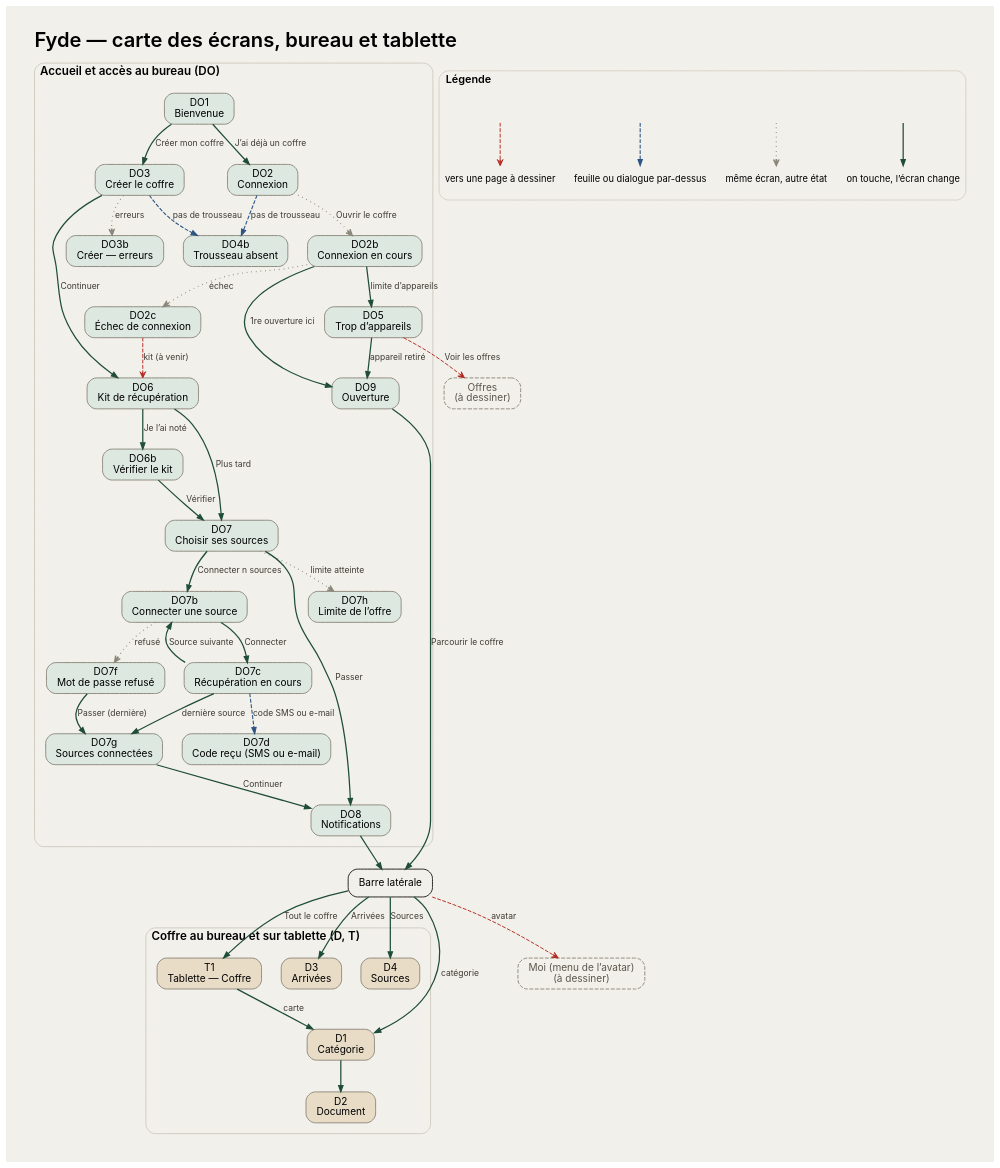
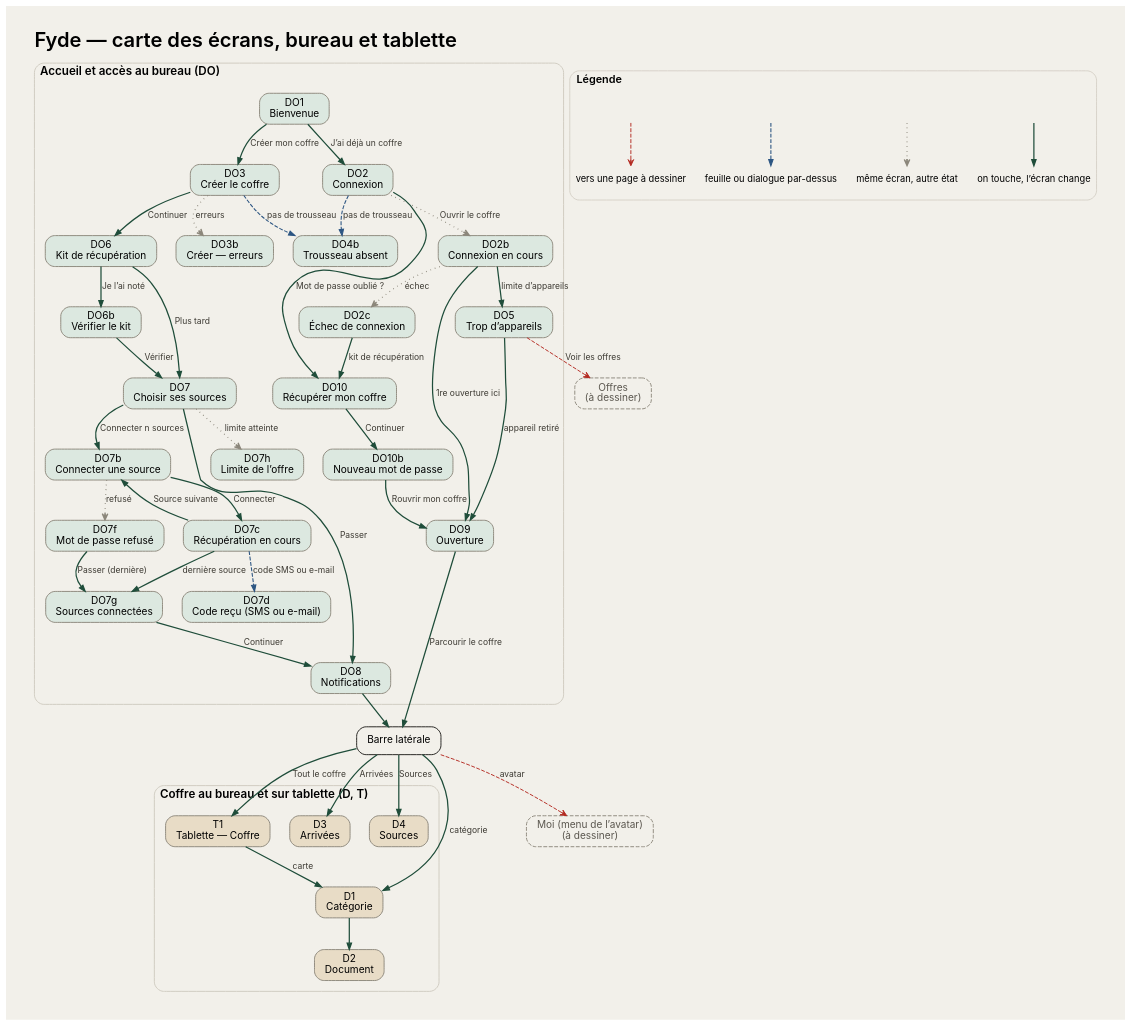
The diagram in design/assets/maps/carte-bureau.dot (fyde-lab/application), drawn with Graphviz before and after one commit. The commit also changed 22 other files, not shown here.

```diff
--- a/design/assets/maps/carte-bureau.dot
+++ b/design/assets/maps/carte-bureau.dot
@@ -1,79 +1,84 @@
 digraph "carte-bureau" {
 rankdir=TB; newrank=true; compound=true; nodesep=0.35; ranksep=0.55;
 label="Fyde — carte des écrans, bureau et tablette"; labelloc=t; labeljust=l; fontsize=26; fontname="Inter SemiBold"; pad=0.4; bgcolor="#F2F0EA";
 node [fontname="Inter" fontsize=13 margin="0.18,0.08" penwidth=1.2];
 edge [fontname="Inter" fontsize=11 fontcolor="#3d3a33" arrowsize=0.8];
 "PLANS" [label="Offres\n(à dessiner)" shape=box style="rounded,dashed,filled" color="#8C877B" fillcolor="#F2F0EA" fontcolor="#5B574F"];
 subgraph "cluster_donb" { label="Accueil et accès au bureau (DO)"; fontname="Inter SemiBold"; fontsize=15; style="rounded"; color="#CFCAC0"; penwidth=1.2; margin=14;
   "DO1" [label="DO1\nBienvenue" shape=box style="rounded,filled" color="#8C877B" fillcolor="#DCE8E0"];
   "DO2" [label="DO2\nConnexion" shape=box style="rounded,filled" color="#8C877B" fillcolor="#DCE8E0"];
   "DO2b" [label="DO2b\nConnexion en cours" shape=box style="rounded,filled" color="#8C877B" fillcolor="#DCE8E0"];
   "DO2c" [label="DO2c\nÉchec de connexion" shape=box style="rounded,filled" color="#8C877B" fillcolor="#DCE8E0"];
   "DO3" [label="DO3\nCréer le coffre" shape=box style="rounded,filled" color="#8C877B" fillcolor="#DCE8E0"];
   "DO3b" [label="DO3b\nCréer — erreurs" shape=box style="rounded,filled" color="#8C877B" fillcolor="#DCE8E0"];
   "DO4b" [label="DO4b\nTrousseau absent" shape=box style="rounded,filled" color="#8C877B" fillcolor="#DCE8E0"];
   "DO5" [label="DO5\nTrop d’appareils" shape=box style="rounded,filled" color="#8C877B" fillcolor="#DCE8E0"];
   "DO6" [label="DO6\nKit de récupération" shape=box style="rounded,filled" color="#8C877B" fillcolor="#DCE8E0"];
   "DO6b" [label="DO6b\nVérifier le kit" shape=box style="rounded,filled" color="#8C877B" fillcolor="#DCE8E0"];
   "DO7" [label="DO7\nChoisir ses sources" shape=box style="rounded,filled" color="#8C877B" fillcolor="#DCE8E0"];
   "DO7h" [label="DO7h\nLimite de l’offre" shape=box style="rounded,filled" color="#8C877B" fillcolor="#DCE8E0"];
   "DO7b" [label="DO7b\nConnecter une source" shape=box style="rounded,filled" color="#8C877B" fillcolor="#DCE8E0"];
   "DO7c" [label="DO7c\nRécupération en cours" shape=box style="rounded,filled" color="#8C877B" fillcolor="#DCE8E0"];
   "DO7d" [label="DO7d\nCode reçu (SMS ou e-mail)" shape=box style="rounded,filled" color="#8C877B" fillcolor="#DCE8E0"];
   "DO7f" [label="DO7f\nMot de passe refusé" shape=box style="rounded,filled" color="#8C877B" fillcolor="#DCE8E0"];
   "DO7g" [label="DO7g\nSources connectées" shape=box style="rounded,filled" color="#8C877B" fillcolor="#DCE8E0"];
   "DO8" [label="DO8\nNotifications" shape=box style="rounded,filled" color="#8C877B" fillcolor="#DCE8E0"];
   "DO9" [label="DO9\nOuverture" shape=box style="rounded,filled" color="#8C877B" fillcolor="#DCE8E0"];
+  "DO10" [label="DO10\nRécupérer mon coffre" shape=box style="rounded,filled" color="#8C877B" fillcolor="#DCE8E0"];
+  "DO10b" [label="DO10b\nNouveau mot de passe" shape=box style="rounded,filled" color="#8C877B" fillcolor="#DCE8E0"];
 }
 "SIDE" [label="Barre latérale" shape=box style="rounded,bold" color="#1C1B17" fillcolor="#FFFFFF"];
 subgraph "cluster_dapp" { label="Coffre au bureau et sur tablette (D, T)"; fontname="Inter SemiBold"; fontsize=15; style="rounded"; color="#CFCAC0"; penwidth=1.2; margin=14;
   "T1" [label="T1\nTablette — Coffre" shape=box style="rounded,filled" color="#8C877B" fillcolor="#E8DCC6"];
   "D1" [label="D1\nCatégorie" shape=box style="rounded,filled" color="#8C877B" fillcolor="#E8DCC6"];
   "D2" [label="D2\nDocument" shape=box style="rounded,filled" color="#8C877B" fillcolor="#E8DCC6"];
   "D3" [label="D3\nArrivées" shape=box style="rounded,filled" color="#8C877B" fillcolor="#E8DCC6"];
   "D4" [label="D4\nSources" shape=box style="rounded,filled" color="#8C877B" fillcolor="#E8DCC6"];
 }
 "DMOI" [label="Moi (menu de l’avatar)\n(à dessiner)" shape=box style="rounded,dashed,filled" color="#8C877B" fillcolor="#F2F0EA" fontcolor="#5B574F"];
 "DO1" -> "DO2" [color="#1F4D3A" penwidth=1.6 label="J’ai déjà un coffre"];
 "DO1" -> "DO3" [color="#1F4D3A" penwidth=1.6 label="Créer mon coffre"];
 "DO2" -> "DO2b" [color="#8C877B" style=dotted penwidth=1.6 arrowhead=open label="Ouvrir le coffre"];
 "DO2b" -> "DO2c" [color="#8C877B" style=dotted penwidth=1.6 arrowhead=open label="échec"];
 "DO2" -> "DO4b" [color="#2C5582" style=dashed penwidth=1.4 label="pas de trousseau"];
 "DO2b" -> "DO5" [color="#1F4D3A" penwidth=1.6 label="limite d’appareils"];
 "DO2b" -> "DO9" [color="#1F4D3A" penwidth=1.6 label="1re ouverture ici"];
 "DO5" -> "DO9" [color="#1F4D3A" penwidth=1.6 label="appareil retiré"];
 "DO5" -> "PLANS" [color="#B3261E" style=dashed penwidth=1.2 arrowhead=open label="Voir les offres"];
-"DO2c" -> "DO6" [color="#B3261E" style=dashed penwidth=1.2 arrowhead=open label="kit (à venir)"];
+"DO2c" -> "DO10" [color="#1F4D3A" penwidth=1.6 label="kit de récupération"];
+"DO2" -> "DO10" [color="#1F4D3A" penwidth=1.6 label="Mot de passe oublié ?"];
+"DO10" -> "DO10b" [color="#1F4D3A" penwidth=1.6 label="Continuer"];
+"DO10b" -> "DO9" [color="#1F4D3A" penwidth=1.6 label="Rouvrir mon coffre"];
 "DO3" -> "DO3b" [color="#8C877B" style=dotted penwidth=1.6 arrowhead=open label="erreurs"];
 "DO3" -> "DO4b" [color="#2C5582" style=dashed penwidth=1.4 label="pas de trousseau"];
 "DO3" -> "DO6" [color="#1F4D3A" penwidth=1.6 label="Continuer"];
 "DO6" -> "DO6b" [color="#1F4D3A" penwidth=1.6 label="Je l’ai noté"];
 "DO6b" -> "DO7" [color="#1F4D3A" penwidth=1.6 label="Vérifier"];
 "DO6" -> "DO7" [color="#1F4D3A" penwidth=1.6 label="Plus tard"];
 "DO7" -> "DO7h" [color="#8C877B" style=dotted penwidth=1.6 arrowhead=open label="limite atteinte"];
 "DO7" -> "DO7b" [color="#1F4D3A" penwidth=1.6 label="Connecter n sources"];
 "DO7" -> "DO8" [color="#1F4D3A" penwidth=1.6 label="Passer"];
 "DO7b" -> "DO7c" [color="#1F4D3A" penwidth=1.6 label="Connecter"];
 "DO7b" -> "DO7f" [color="#8C877B" style=dotted penwidth=1.6 arrowhead=open label="refusé"];
 "DO7c" -> "DO7d" [color="#2C5582" style=dashed penwidth=1.4 label="code SMS ou e-mail"];
 "DO7c" -> "DO7b" [color="#1F4D3A" penwidth=1.6 label="Source suivante"];
 "DO7c" -> "DO7g" [color="#1F4D3A" penwidth=1.6 label="dernière source"];
 "DO7f" -> "DO7g" [color="#1F4D3A" penwidth=1.6 label="Passer (dernière)"];
 "DO7g" -> "DO8" [color="#1F4D3A" penwidth=1.6 label="Continuer"];
 "DO8" -> "SIDE" [color="#1F4D3A" penwidth=1.6];
 "DO9" -> "SIDE" [color="#1F4D3A" penwidth=1.6 label="Parcourir le coffre"];
 "SIDE" -> "T1" [color="#1F4D3A" penwidth=1.6 label="Tout le coffre"];
 "SIDE" -> "D1" [color="#1F4D3A" penwidth=1.6 label="catégorie"];
 "SIDE" -> "D3" [color="#1F4D3A" penwidth=1.6 label="Arrivées"];
 "SIDE" -> "D4" [color="#1F4D3A" penwidth=1.6 label="Sources"];
 "SIDE" -> "DMOI" [color="#B3261E" style=dashed penwidth=1.2 arrowhead=open label="avatar"];
 "D1" -> "D2" [color="#1F4D3A" penwidth=1.6];
 "T1" -> "D1" [color="#1F4D3A" penwidth=1.6 label="carte"];
 subgraph cluster_legend { label="Légende"; fontname="Inter SemiBold"; fontsize=14; style=rounded; color="#CFCAC0";
   node [shape=plaintext fontsize=12 margin=0];
   la [label=""]; lb [label="on touche, l’écran change"]; lc [label=""]; ld [label="même écran, autre état"];
   le [label=""]; lf [label="feuille ou dialogue par-dessus"]; lg [label=""]; lh [label="vers une page à dessiner"];
   la -> lb [color="#1F4D3A" penwidth=1.6]; lc -> ld [color="#8C877B" style=dotted penwidth=1.6 arrowhead=open];
   le -> lf [color="#2C5582" style=dashed penwidth=1.4]; lg -> lh [color="#B3261E" style=dashed penwidth=1.2 arrowhead=open];
 }
 }
```
